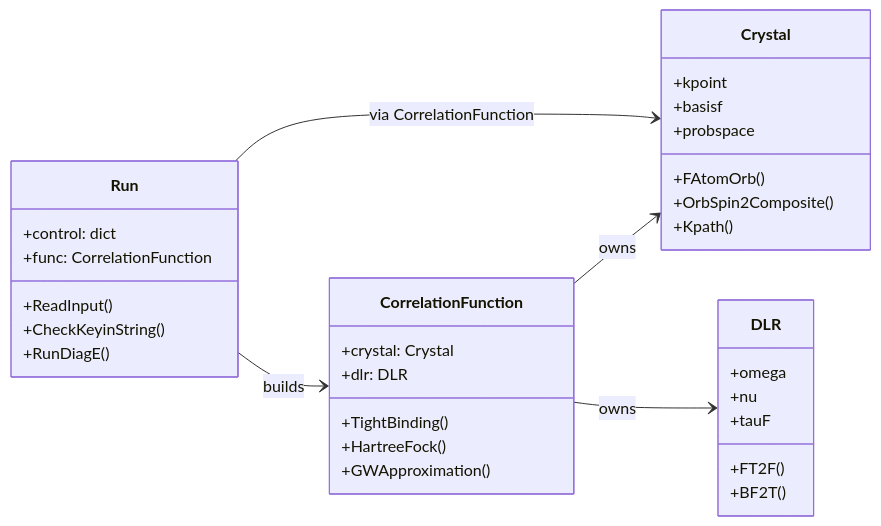
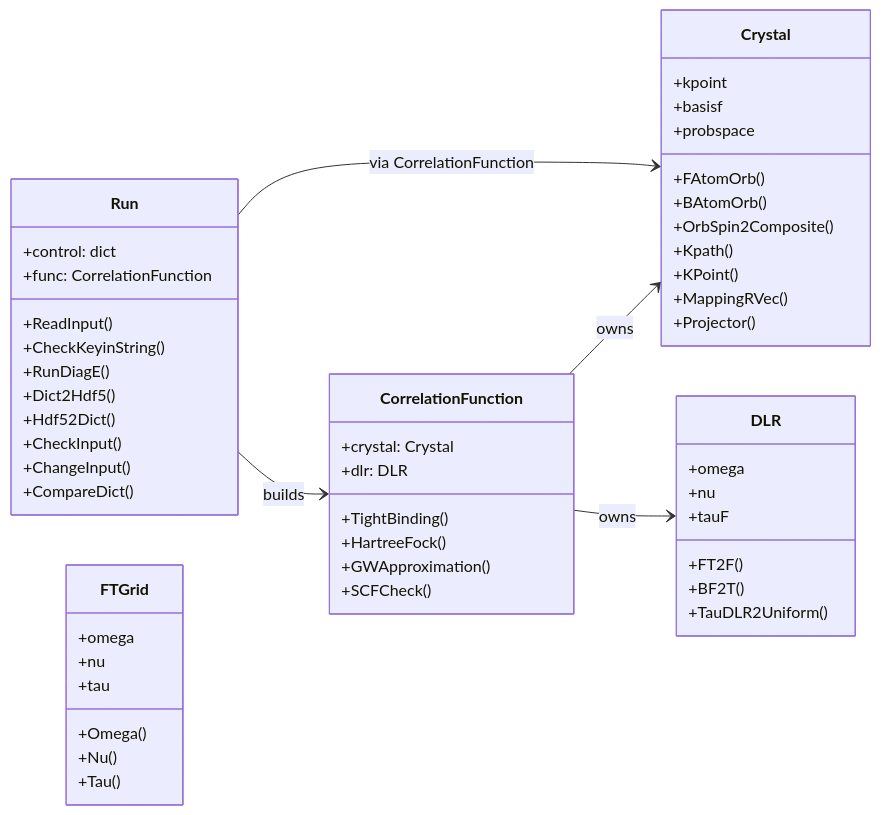
The first of 4 diagrams in docs/SerialClassDiagram.md (QAssemble/qassemble), drawn with Mermaid before and after one commit. The commit also changed other lines of this file and 1 other file, not shown here.

````diff
--- a/docs/SerialClassDiagram.md
+++ b/docs/SerialClassDiagram.md
@@ -7,43 +7,62 @@
 ```mermaid
 classDiagram
     direction LR
     class Run {
         +control: dict
         +func: CorrelationFunction
         +ReadInput()
         +CheckKeyinString()
         +RunDiagE()
+        +Dict2Hdf5()
+        +Hdf52Dict()
+        +CheckInput()
+        +ChangeInput()
+        +CompareDict()
     }
 
     class CorrelationFunction {
         +crystal: Crystal
         +dlr: DLR
         +TightBinding()
         +HartreeFock()
         +GWApproximation()
+        +SCFCheck()
     }
 
     class Crystal {
         +kpoint
         +basisf
         +probspace
         +FAtomOrb()
+        +BAtomOrb()
         +OrbSpin2Composite()
         +Kpath()
+        +KPoint()
+        +MappingRVec()
+        +Projector()
     }
 
     class DLR {
         +omega
         +nu
         +tauF
         +FT2F()
         +BF2T()
+        +TauDLR2Uniform()
     }
 
+    class FTGrid {
+        +omega
+        +nu
+        +tau
+        +Omega()
+        +Nu()
+        +Tau()
+    }
 
     Run --> CorrelationFunction : builds
     Run --> Crystal : via CorrelationFunction
     CorrelationFunction --> Crystal : owns
     CorrelationFunction --> DLR : owns
-    
+
 ```
````
